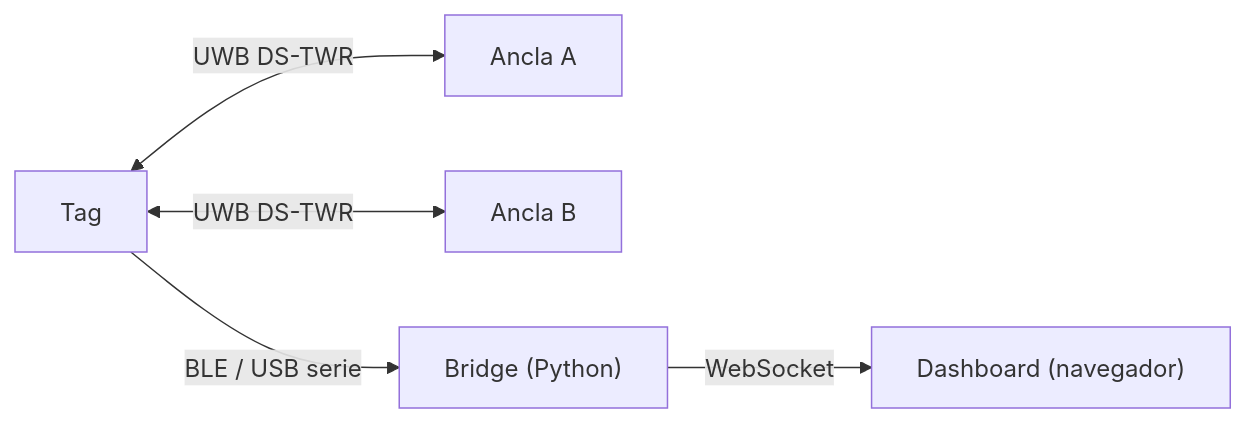
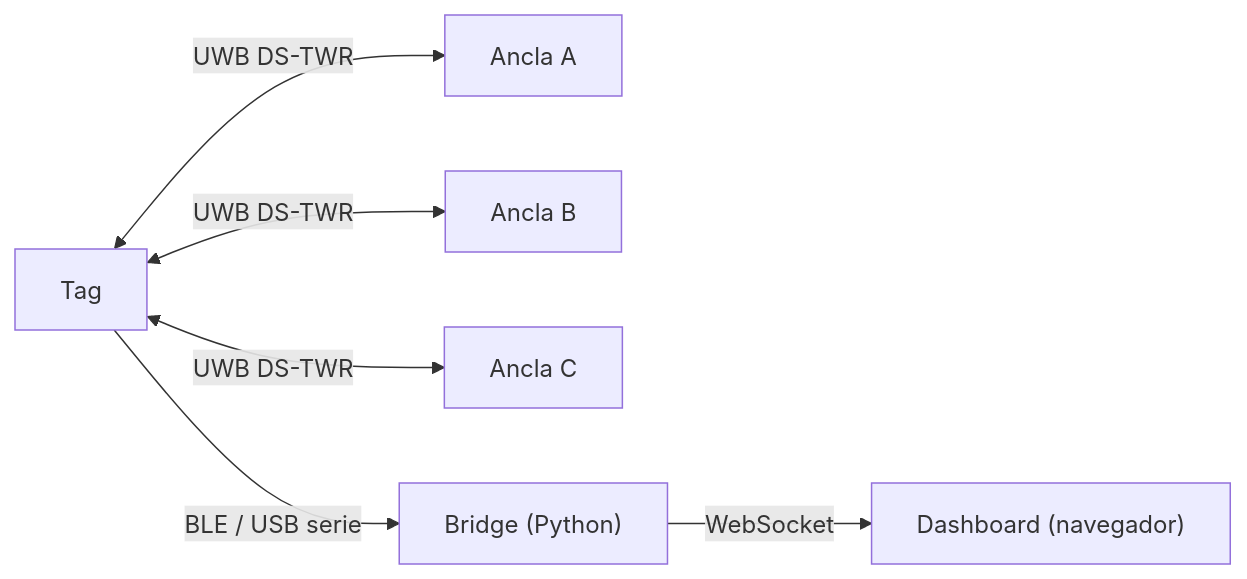
Before and after one commit to calberoni/UWB_indoor_2D_pos: the diagram in README.md, drawn with Mermaid. The commit also changed other lines of this file and 42 other files, not shown here.

````diff
--- a/README.md
+++ b/README.md
@@ -11,12 +11,14 @@
 ```mermaid
 flowchart LR
     A["Ancla A"]
     B["Ancla B"]
+    C["Ancla C"]
     T["Tag"]
     BR["Bridge (Python)"]
     D["Dashboard (navegador)"]
     T <-- "UWB DS-TWR" --> A
     T <-- "UWB DS-TWR" --> B
+    T <-- "UWB DS-TWR" --> C
     T -- "BLE / USB serie" --> BR
     BR -- "WebSocket" --> D
 ```
````
